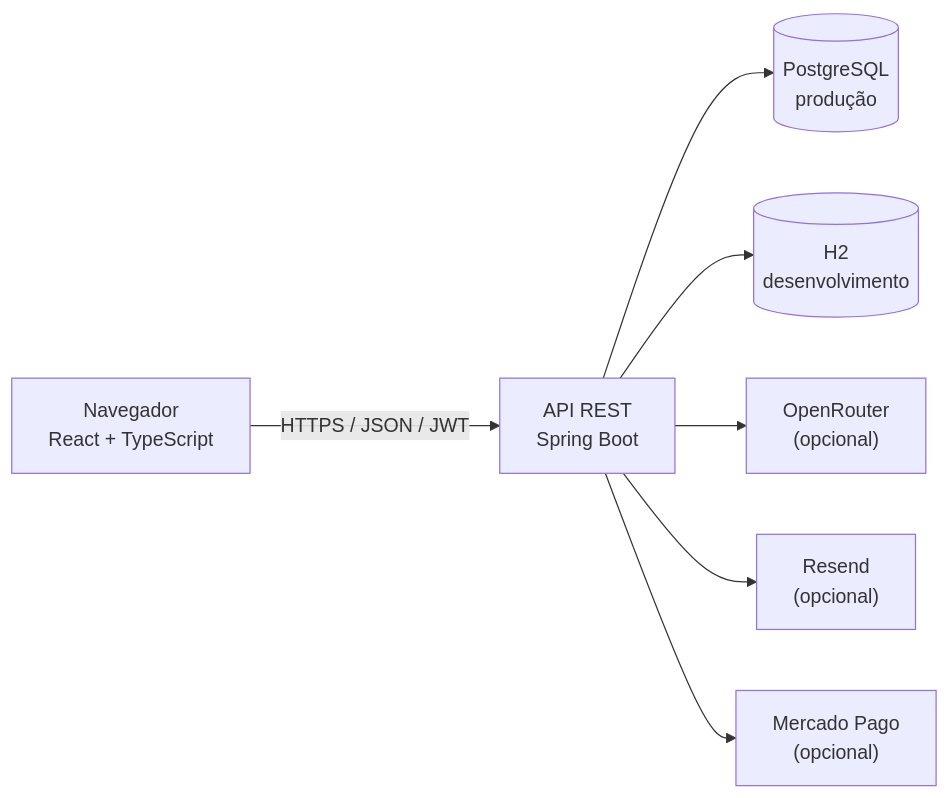
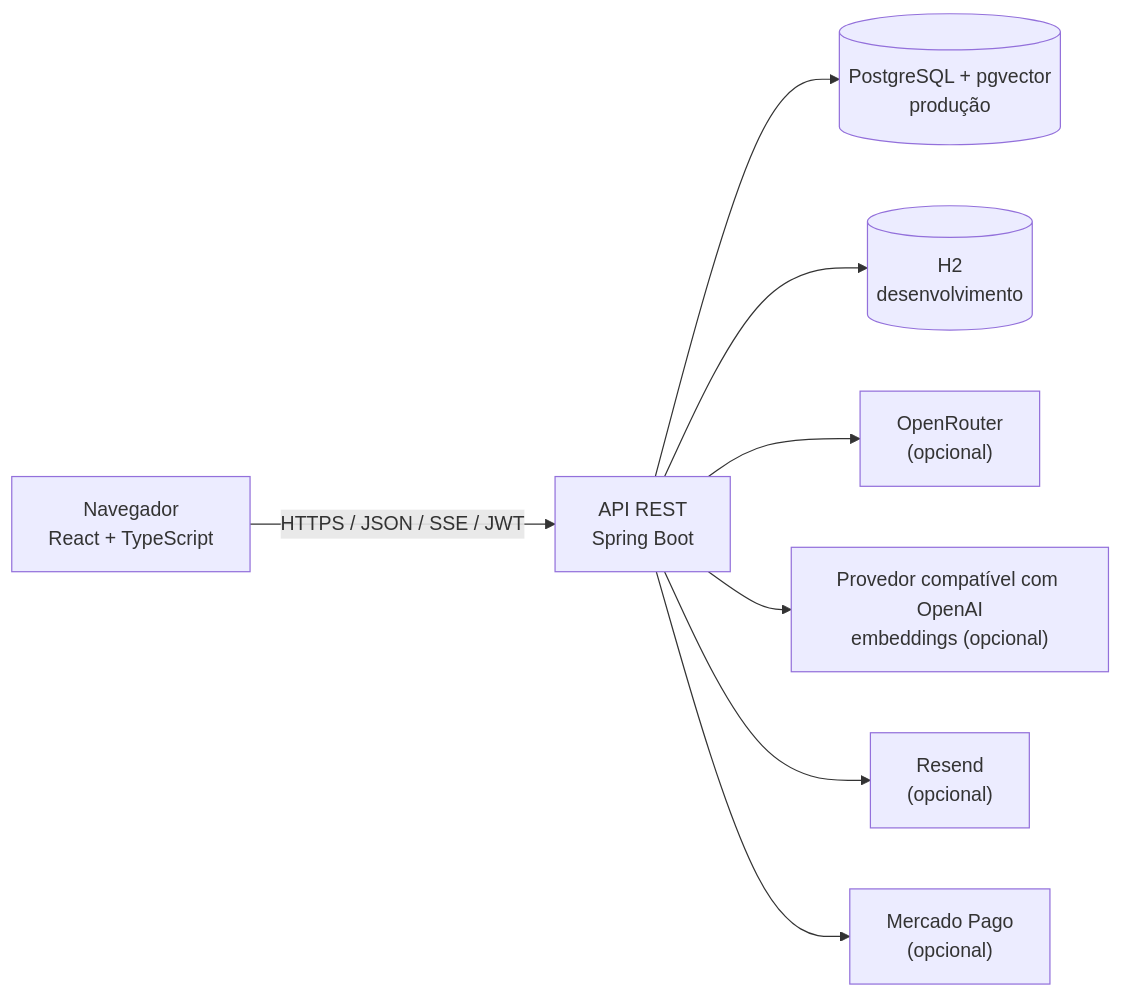
The diagram in README.md (Duduxpz/Assistente-Inteligente), drawn with Mermaid before and after one commit. The commit also changed other lines of this file and 60 other files, not shown here.

````diff
--- a/README.md
+++ b/README.md
@@ -39,9 +41,10 @@
 ```mermaid
 flowchart LR
-    Browser["Navegador<br/>React + TypeScript"] -->|"HTTPS / JSON / JWT"| API["API REST<br/>Spring Boot"]
-    API --> DB[("PostgreSQL<br/>produção")]
+    Browser["Navegador<br/>React + TypeScript"] -->|"HTTPS / JSON / SSE / JWT"| API["API REST<br/>Spring Boot"]
+    API --> DB[("PostgreSQL + pgvector<br/>produção")]
     API --> H2[("H2<br/>desenvolvimento")]
     API --> AI["OpenRouter<br/>(opcional)"]
+    API --> Embeddings["Provedor compatível com OpenAI<br/>embeddings (opcional)"]
     API --> Email["Resend<br/>(opcional)"]
     API --> Payments["Mercado Pago<br/>(opcional)"]
 ```
````
